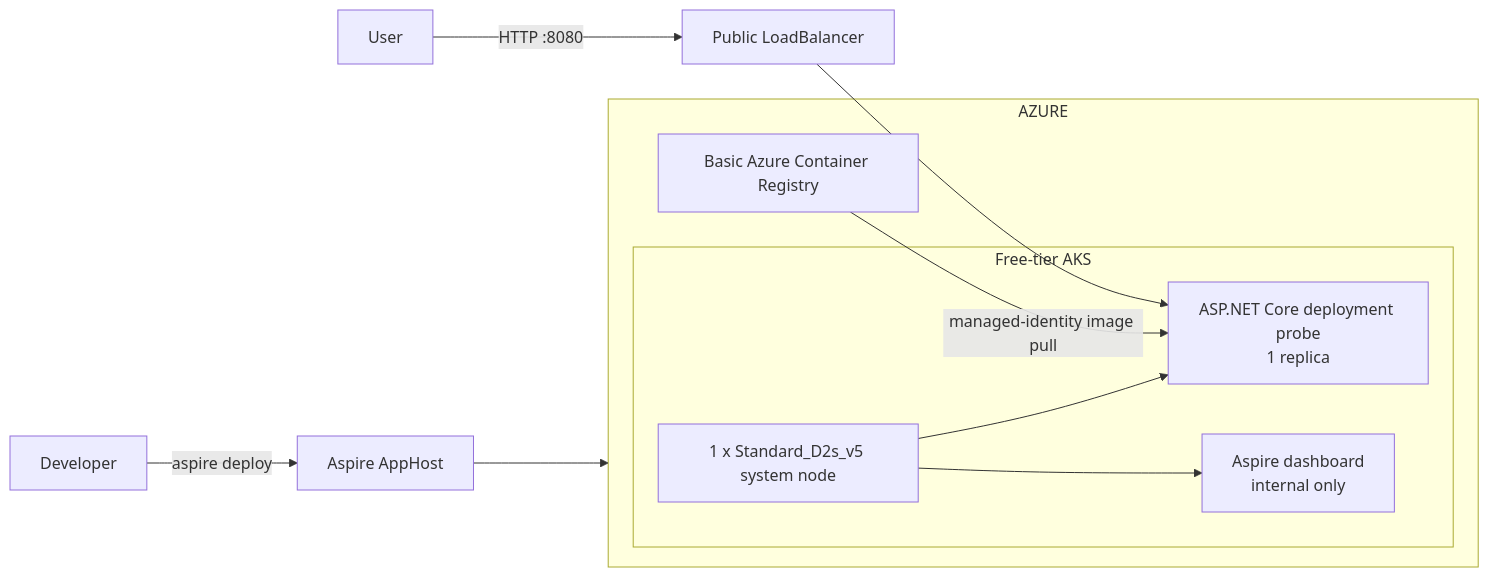
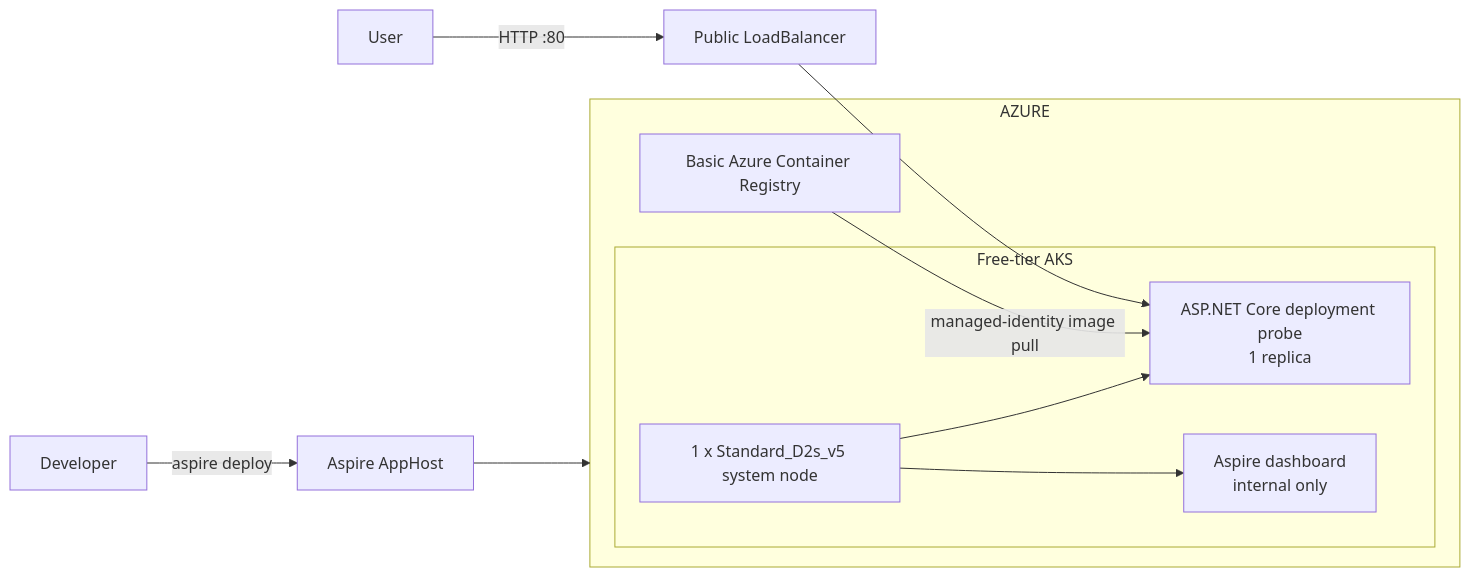
The diagram in README.md (bradygaster/squad-on-aks), drawn with Mermaid before and after one commit. The commit also changed other lines of this file and 3 other files, not shown here.

````diff
--- a/README.md
+++ b/README.md
@@ -30,22 +30,22 @@
 ```mermaid
 flowchart LR
     DEV["Developer"] -->|"aspire deploy"| APPHOST["Aspire AppHost"]
     APPHOST --> AZURE["Azure resource group"]
 
     subgraph AZURE
         ACR["Basic Azure Container Registry"]
 
         subgraph AKS["Free-tier AKS"]
             NODE["1 x Standard_D2s_v5 system node"]
             APP["ASP.NET Core deployment probe<br/>1 replica"]
             DASH["Aspire dashboard<br/>internal only"]
             NODE --> APP
             NODE --> DASH
         end
 
         ACR -->|"managed-identity image pull"| APP
     end
 
-    USER["User"] -->|"HTTP :8080"| LB["Public LoadBalancer"]
+    USER["User"] -->|"HTTP :80"| LB["Public LoadBalancer"]
     LB --> APP
 ```
````
